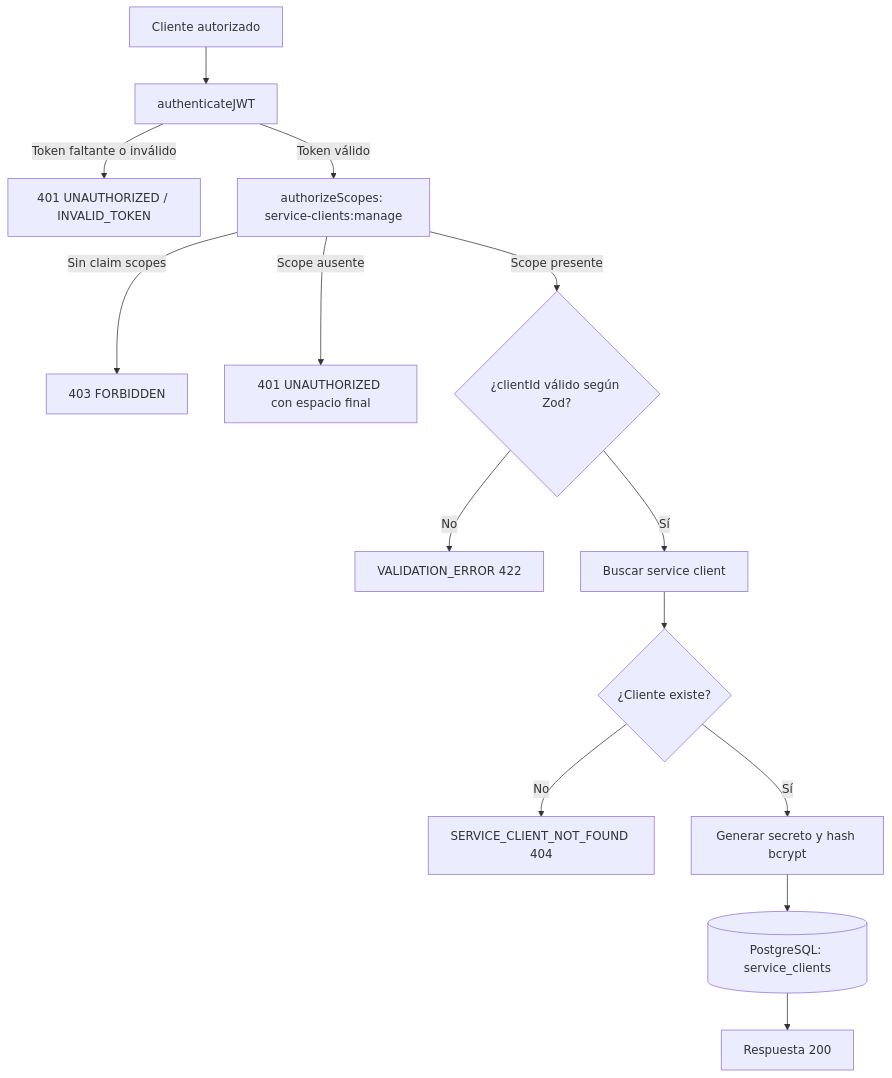
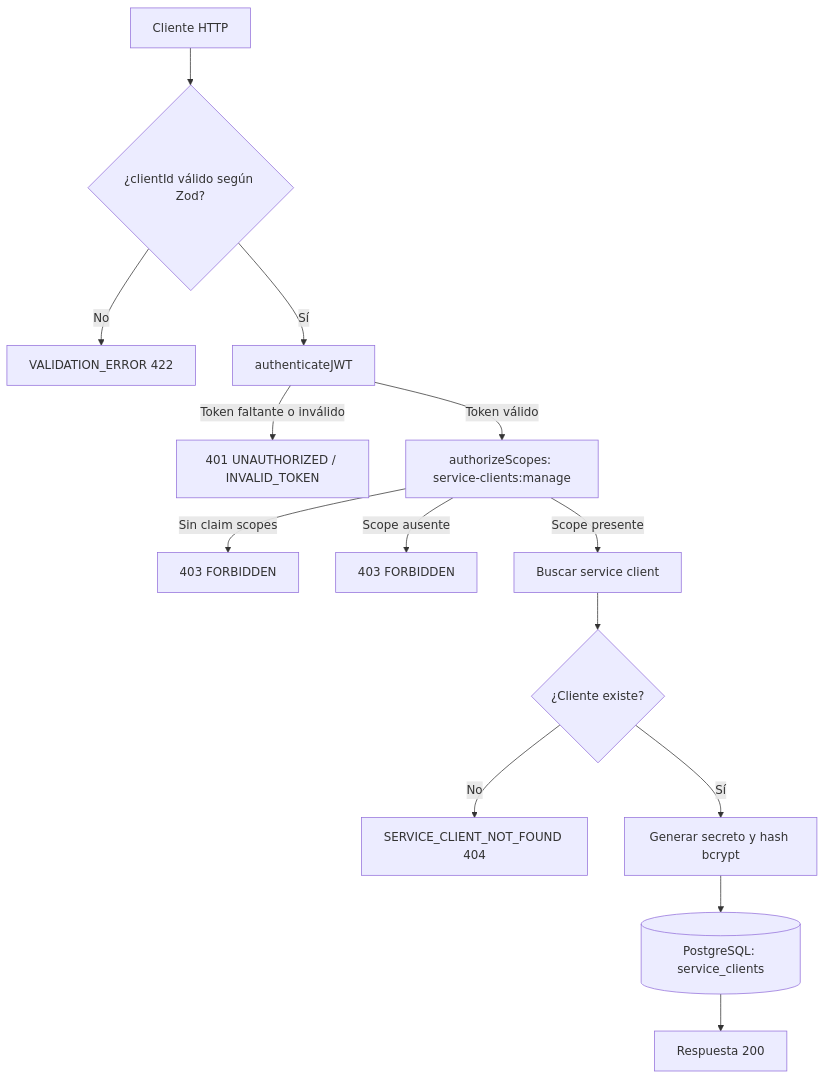
One commit to jac2206/chasis-fastify-backend changed the diagram in docs/use-case/rotate-service-client-secret.md. Above: the diagram before and after it, drawn with Mermaid. The commit also changed other lines of this file and 142 other files, not shown here.

````diff
--- a/docs/use-case/rotate-service-client-secret.md
+++ b/docs/use-case/rotate-service-client-secret.md
@@ -71,16 +71,16 @@
 ```mermaid
 flowchart TD
-    A[Cliente autorizado] --> B[authenticateJWT]
+    A[Cliente HTTP] --> D{¿clientId válido según Zod?}
+    D -- No --> V[VALIDATION_ERROR 422]
+    D -- Sí --> B[authenticateJWT]
     B -->|Token faltante o inválido| X[401 UNAUTHORIZED / INVALID_TOKEN]
     B -->|Token válido| C[authorizeScopes: service-clients:manage]
     C -->|Sin claim scopes| Y[403 FORBIDDEN]
-    C -->|Scope ausente| Z[401 UNAUTHORIZED con espacio final]
-    C -->|Scope presente| D{¿clientId válido según Zod?}
-    D -- No --> V[VALIDATION_ERROR 422]
-    D -- Sí --> E[Buscar service client]
+    C -->|Scope ausente| Z[403 FORBIDDEN]
+    C -->|Scope presente| E[Buscar service client]
     E --> F{¿Cliente existe?}
     F -- No --> G[SERVICE_CLIENT_NOT_FOUND 404]
     F -- Sí --> H[Generar secreto y hash bcrypt]
     H --> I[(PostgreSQL: service_clients)]
     I --> J[Respuesta 200]
 ```
````
